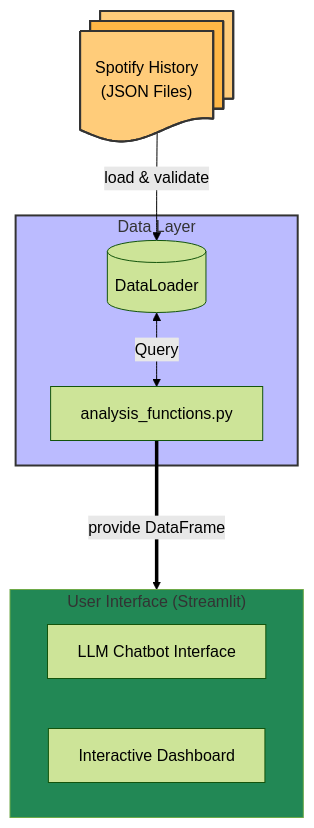
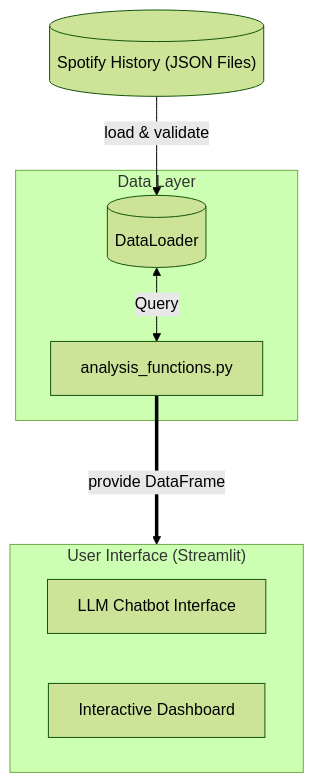
One commit to wcnoname5/spotify-ai-analytics changed the first of 2 diagrams in README.md. Above: the diagram before and after it, drawn with Mermaid (forest theme). The commit also changed other lines of this file and 7 other files, not shown here.

````diff
--- a/README.md
+++ b/README.md
@@ -27,30 +45,19 @@
 ```mermaid
 flowchart TD
-    %% Node Definitions
-    
     subgraph UI ["User Interface (Streamlit)"]
+        direction LR
         Chat["LLM Chatbot Interface"]
         Dash["Interactive Dashboard"]
     end
 
-    JSON[("Spotify History<br/>(JSON Files)")]
-    JSON@{shape: docs}
+    JSON[("Spotify History (JSON Files)")]
     
     subgraph Data ["Data Layer"]
         DL[("DataLoader")]
         AF["analysis_functions.py"]
     end
     
-    %% Flows based on drawing
     JSON -->|load & validate| DL
     DL <-->|Query| AF
-        
     AF ===>|provide DataFrame| UI
-
-    %% Styling 
-    style JSON fill:#fa29,stroke:#333,stroke-width:2px,size:10S0px
-    style UI fill:#285
-    %% style Logic fill:#f9f,stroke:#333,stroke-width:2px
-    style Data fill:#bbf,stroke:#333,stroke-width:2px
-    %% style LLM fill:#dfd,stroke:#333,stroke-width:2px
 ```
````
